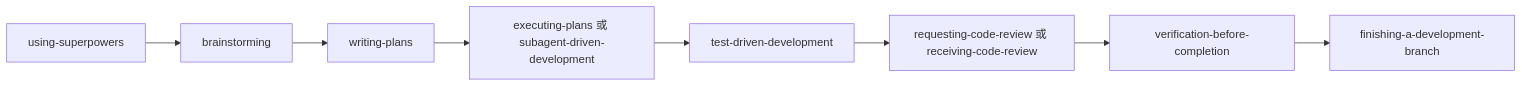
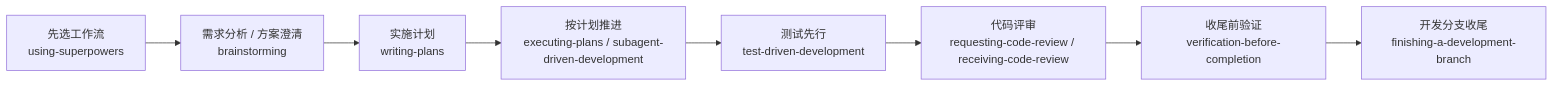
One commit to squallopen/superpowers-zh-adapters changed the diagram in docs/zh-cn-usage-guide.md. Above: the diagram before and after it, drawn with Mermaid. The commit also changed other lines of this file and 13 other files, not shown here.

Commit message:
Polish docs and add static README flow chart

````diff
--- a/docs/zh-cn-usage-guide.md
+++ b/docs/zh-cn-usage-guide.md
@@ -75,10 +75,10 @@
 ```mermaid
 flowchart LR
-    A["using-superpowers"] --> B["brainstorming"]
-    B --> C["writing-plans"]
-    C --> D["executing-plans 或 subagent-driven-development"]
-    D --> E["test-driven-development"]
-    E --> F["requesting-code-review 或 receiving-code-review"]
-    F --> G["verification-before-completion"]
-    G --> H["finishing-a-development-branch"]
+    A["先选工作流<br/>using-superpowers"] --> B["需求分析 / 方案澄清<br/>brainstorming"]
+    B --> C["实施计划<br/>writing-plans"]
+    C --> D["按计划推进<br/>executing-plans / subagent-driven-development"]
+    D --> E["测试先行<br/>test-driven-development"]
+    E --> F["代码评审<br/>requesting-code-review / receiving-code-review"]
+    F --> G["收尾前验证<br/>verification-before-completion"]
+    G --> H["开发分支收尾<br/>finishing-a-development-branch"]
 ```
````
